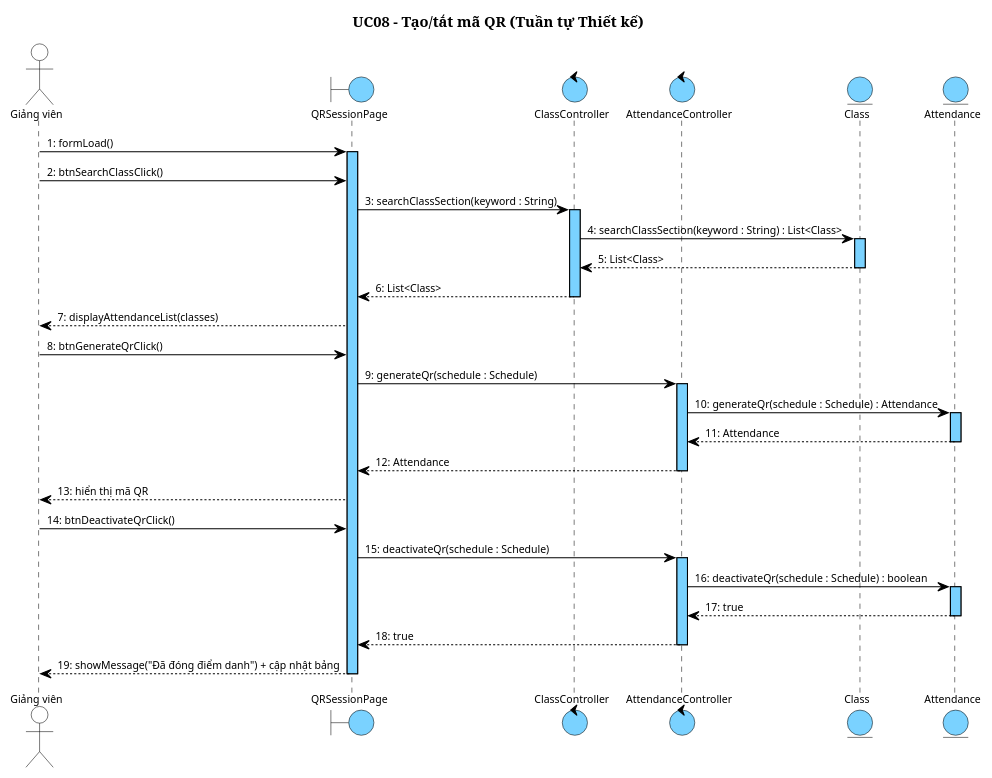
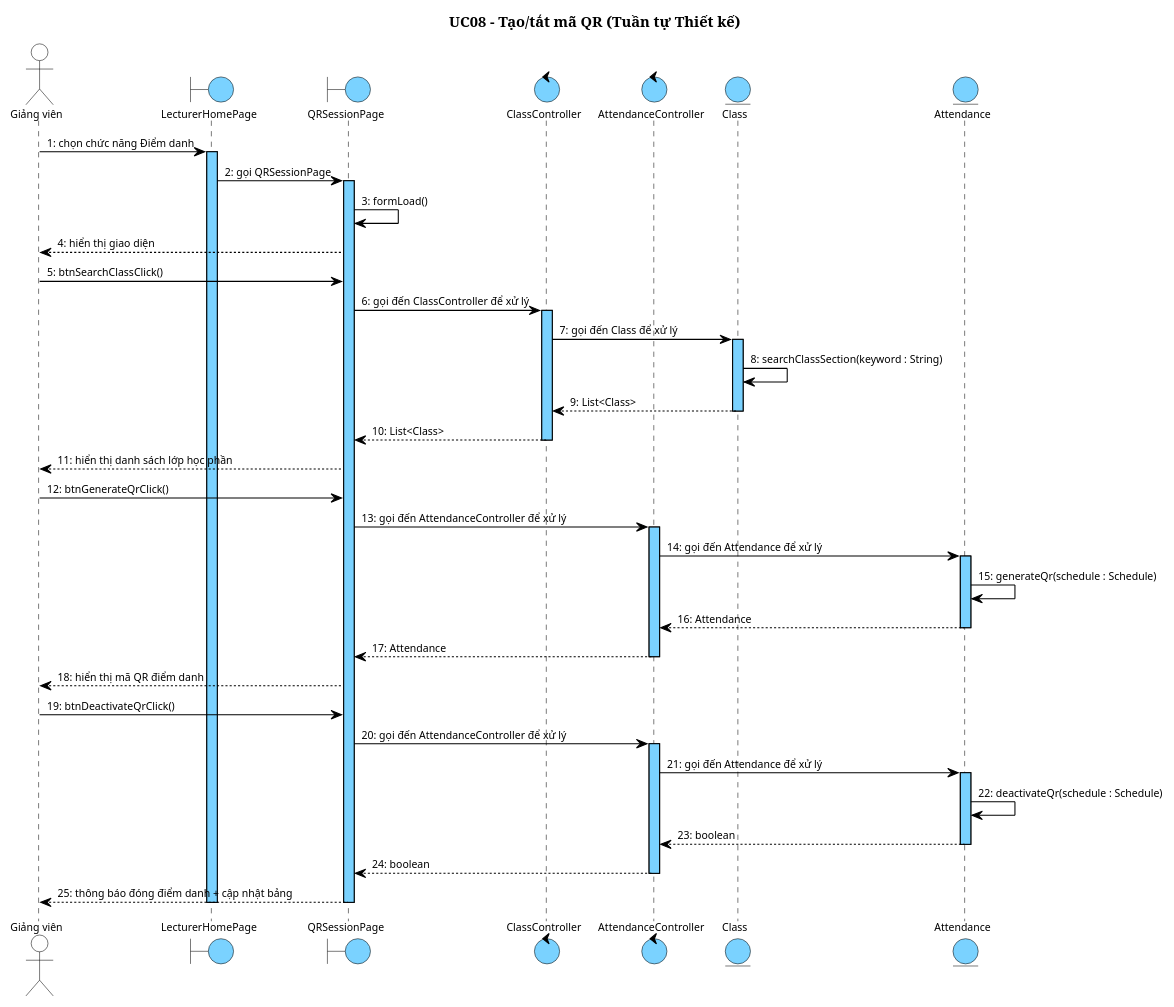
Before and after one commit to thanhtrnnn/universe: diagram 17 of 20 in report/md/module3_attendance_grades.md, drawn with PlantUML. The commit also changed other lines of this file and 1 other file, not shown here.

First line of the commit message:
docs: rewrite II.4 & III.4 sequence diagrams to reference narrative format

````diff
--- a/report/md/module3_attendance_grades.md
+++ b/report/md/module3_attendance_grades.md
@@ -1276,65 +1347,74 @@
 ```plantuml
 @startuml
 skinparam shadowing false
 skinparam SequenceMessageAlign left
 skinparam SequenceLifeLineBackgroundColor #7AD2FF
 skinparam SequenceLifeLineBorderColor #000000
 <style>
 sequenceDiagram {
   Shadowing 0
   RoundCorner 0
   FontName "Arial"
   FontSize 10
   FontColor #000000
   boundary { BackgroundColor #7AD2FF; LineColor #000000 }
   control { BackgroundColor #7AD2FF; LineColor #000000 }
   entity { BackgroundColor #7AD2FF; LineColor #000000 }
   actor { BackgroundColor transparent; LineColor #000000 }
   lifeline { LineColor #000000; LineStyle 5-5 }
   arrow { LineColor #000000; LineThickness 1; FontSize 10 }
 }
 </style>
 title UC08 – Tạo/tắt mã QR (Tuần tự Thiết kế)
 
 actor "Giảng viên" as GV
+boundary LecturerHomePage
 boundary QRSessionPage
 control ClassController
 control AttendanceController
 entity Class
 entity Attendance
 
-GV -> QRSessionPage : 1: formLoad()
+GV -> LecturerHomePage : 1: chọn chức năng Điểm danh
+activate LecturerHomePage
+LecturerHomePage -> QRSessionPage : 2: gọi QRSessionPage
 activate QRSessionPage
-GV -> QRSessionPage : 2: btnSearchClassClick()
-QRSessionPage -> ClassController : 3: searchClassSection(keyword : String)
+QRSessionPage -> QRSessionPage : 3: formLoad()
+QRSessionPage --> GV : 4: hiển thị giao diện
+GV -> QRSessionPage : 5: btnSearchClassClick()
+QRSessionPage -> ClassController : 6: gọi đến ClassController để xử lý
 activate ClassController
-ClassController -> Class : 4: searchClassSection(keyword : String) : List<Class>
+ClassController -> Class : 7: gọi đến Class để xử lý
 activate Class
-Class --> ClassController : 5: List<Class>
+Class -> Class : 8: searchClassSection(keyword : String)
+Class --> ClassController : 9: List<Class>
 deactivate Class
-ClassController --> QRSessionPage : 6: List<Class>
+ClassController --> QRSessionPage : 10: List<Class>
 deactivate ClassController
-QRSessionPage --> GV : 7: displayAttendanceList(classes)
-GV -> QRSessionPage : 8: btnGenerateQrClick()
-QRSessionPage -> AttendanceController : 9: generateQr(schedule : Schedule)
+QRSessionPage --> GV : 11: hiển thị danh sách lớp học phần
+GV -> QRSessionPage : 12: btnGenerateQrClick()
+QRSessionPage -> AttendanceController : 13: gọi đến AttendanceController để xử lý
 activate AttendanceController
-AttendanceController -> Attendance : 10: generateQr(schedule : Schedule) : Attendance
+AttendanceController -> Attendance : 14: gọi đến Attendance để xử lý
 activate Attendance
-Attendance --> AttendanceController : 11: Attendance
+Attendance -> Attendance : 15: generateQr(schedule : Schedule)
+Attendance --> AttendanceController : 16: Attendance
 deactivate Attendance
-AttendanceController --> QRSessionPage : 12: Attendance
+AttendanceController --> QRSessionPage : 17: Attendance
 deactivate AttendanceController
-QRSessionPage --> GV : 13: hiển thị mã QR
-GV -> QRSessionPage : 14: btnDeactivateQrClick()
-QRSessionPage -> AttendanceController : 15: deactivateQr(schedule : Schedule)
+QRSessionPage --> GV : 18: hiển thị mã QR điểm danh
+GV -> QRSessionPage : 19: btnDeactivateQrClick()
+QRSessionPage -> AttendanceController : 20: gọi đến AttendanceController để xử lý
 activate AttendanceController
-AttendanceController -> Attendance : 16: deactivateQr(schedule : Schedule) : boolean
+AttendanceController -> Attendance : 21: gọi đến Attendance để xử lý
 activate Attendance
-Attendance --> AttendanceController : 17: true
+Attendance -> Attendance : 22: deactivateQr(schedule : Schedule)
+Attendance --> AttendanceController : 23: boolean
 deactivate Attendance
-AttendanceController --> QRSessionPage : 18: true
+AttendanceController --> QRSessionPage : 24: boolean
 deactivate AttendanceController
-QRSessionPage --> GV : 19: showMessage("Đã đóng điểm danh") + cập nhật bảng
+QRSessionPage --> GV : 25: thông báo đóng điểm danh + cập nhật bảng
 deactivate QRSessionPage
+deactivate LecturerHomePage
 @enduml
 ```
````
